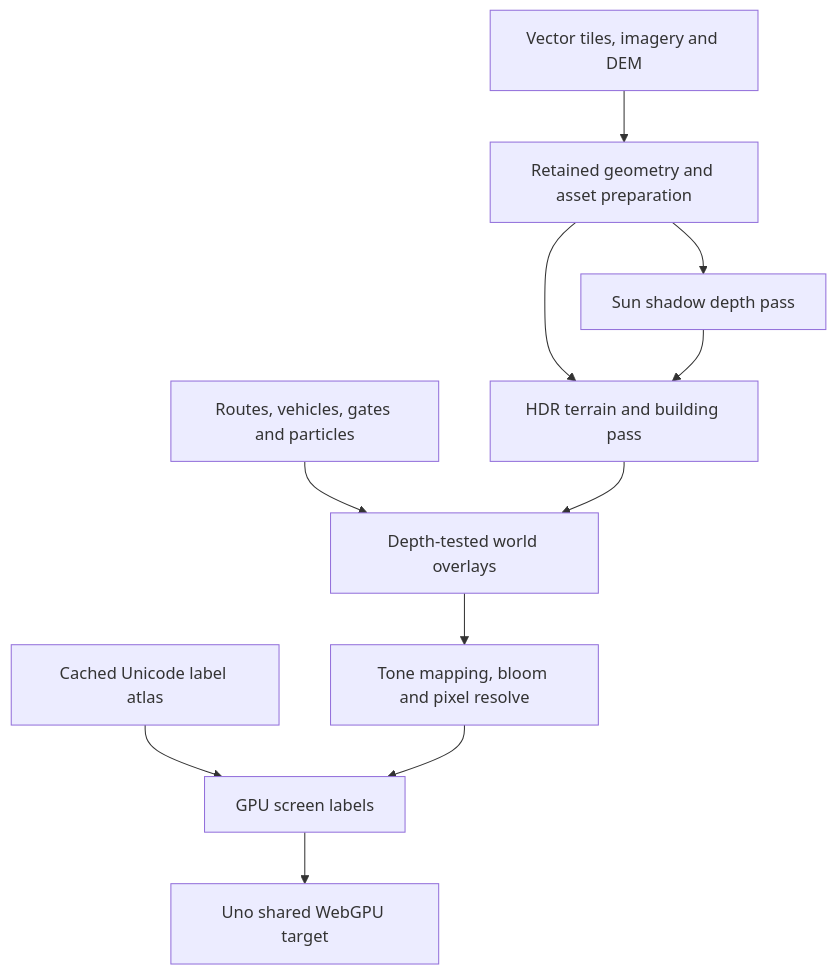
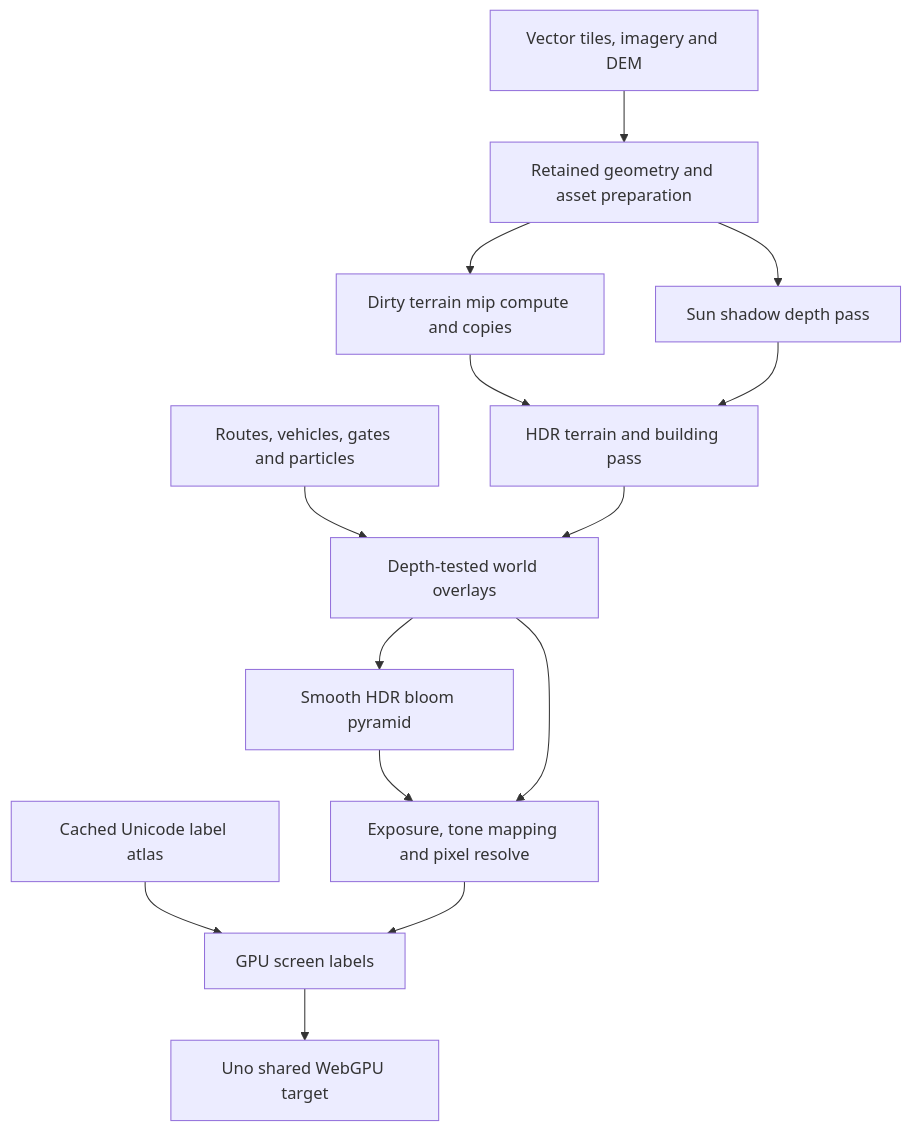
One commit to wieslawsoltes/UnoPixelMap changed the diagram in docs/uno7-webgpu-migration.md. Above: the diagram before and after it, drawn with Mermaid. The commit also changed other lines of this file and 3 other files, not shown here.

Commit message:
Document terrain filtering, facade materials and normalized HDR bloom

````diff
--- a/docs/uno7-webgpu-migration.md
+++ b/docs/uno7-webgpu-migration.md
@@ -106,13 +110,16 @@
 ```mermaid
 flowchart TD
     Sources["Vector tiles, imagery and DEM"] --> Prepare["Retained geometry and asset preparation"]
     Prepare --> Shadow["Sun shadow depth pass"]
-    Prepare --> Scene["HDR terrain and building pass"]
+    Prepare --> Mips["Dirty terrain mip compute and copies"]
+    Mips --> Scene["HDR terrain and building pass"]
     Shadow --> Scene
     Navigation["Routes, vehicles, gates and particles"] --> World["Depth-tested world overlays"]
     Scene --> World
-    World --> Resolve["Tone mapping, bloom and pixel resolve"]
+    World --> Bloom["Smooth HDR bloom pyramid"]
+    Bloom --> Resolve["Exposure, tone mapping and pixel resolve"]
+    World --> Resolve
     Atlas["Cached Unicode label atlas"] --> Labels["GPU screen labels"]
     Resolve --> Labels
     Labels --> Uno["Uno shared WebGPU target"]
 ```
````
